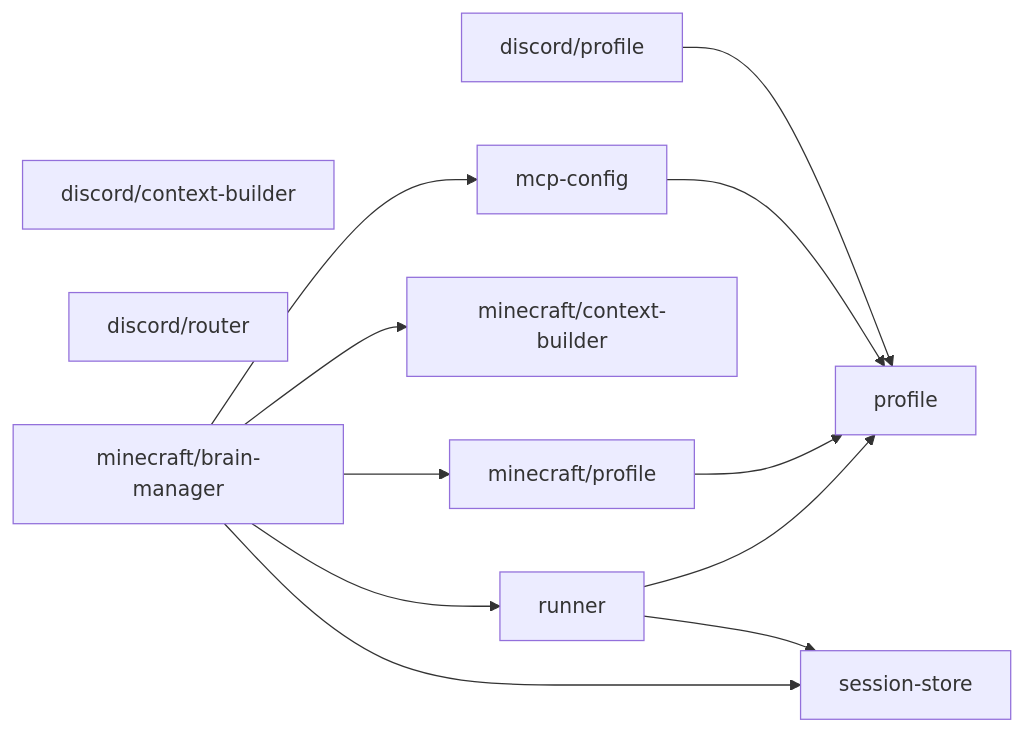
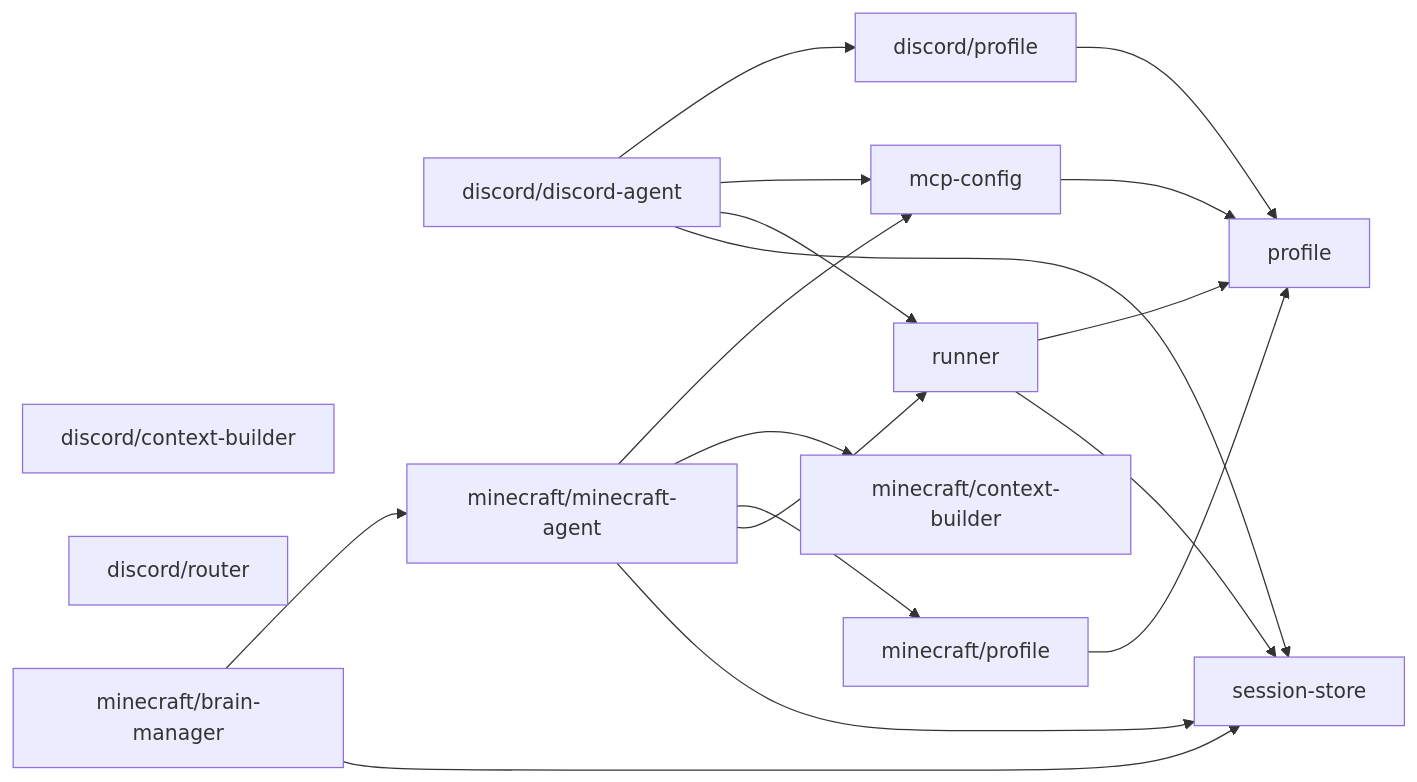
Before and after one commit to OJII3/vicissitude: the diagram in src/agent/DEPS.md, drawn with Mermaid. The commit also changed other lines of this file and 20 other files, not shown here.

First line of the commit message:
refactor: AgentRunner を継承ベースに統一 + lazy start (#152)

````diff
--- a/src/agent/DEPS.md
+++ b/src/agent/DEPS.md
@@ -7,18 +7,24 @@
 ```mermaid
 graph LR
   discord_context_builder["discord/context-builder"]
+  discord_discord_agent["discord/discord-agent"] --> discord_profile["discord/profile"]
+  discord_discord_agent["discord/discord-agent"] --> mcp_config["mcp-config"]
+  discord_discord_agent["discord/discord-agent"] --> runner
+  discord_discord_agent["discord/discord-agent"] --> session_store["session-store"]
   discord_profile["discord/profile"] --> profile
   discord_router["discord/router"]
   mcp_config["mcp-config"] --> profile
-  minecraft_brain_manager["minecraft/brain-manager"] --> mcp_config["mcp-config"]
-  minecraft_brain_manager["minecraft/brain-manager"] --> minecraft_context_builder["minecraft/context-builder"]
-  minecraft_brain_manager["minecraft/brain-manager"] --> minecraft_profile["minecraft/profile"]
-  minecraft_brain_manager["minecraft/brain-manager"] --> runner
+  minecraft_brain_manager["minecraft/brain-manager"] --> minecraft_minecraft_agent["minecraft/minecraft-agent"]
   minecraft_brain_manager["minecraft/brain-manager"] --> session_store["session-store"]
   minecraft_context_builder["minecraft/context-builder"]
+  minecraft_minecraft_agent["minecraft/minecraft-agent"] --> mcp_config["mcp-config"]
+  minecraft_minecraft_agent["minecraft/minecraft-agent"] --> minecraft_context_builder["minecraft/context-builder"]
+  minecraft_minecraft_agent["minecraft/minecraft-agent"] --> minecraft_profile["minecraft/profile"]
+  minecraft_minecraft_agent["minecraft/minecraft-agent"] --> runner
+  minecraft_minecraft_agent["minecraft/minecraft-agent"] --> session_store["session-store"]
   minecraft_profile["minecraft/profile"] --> profile
   profile
   runner --> profile
   runner --> session_store["session-store"]
   session_store["session-store"]
 ```
````
